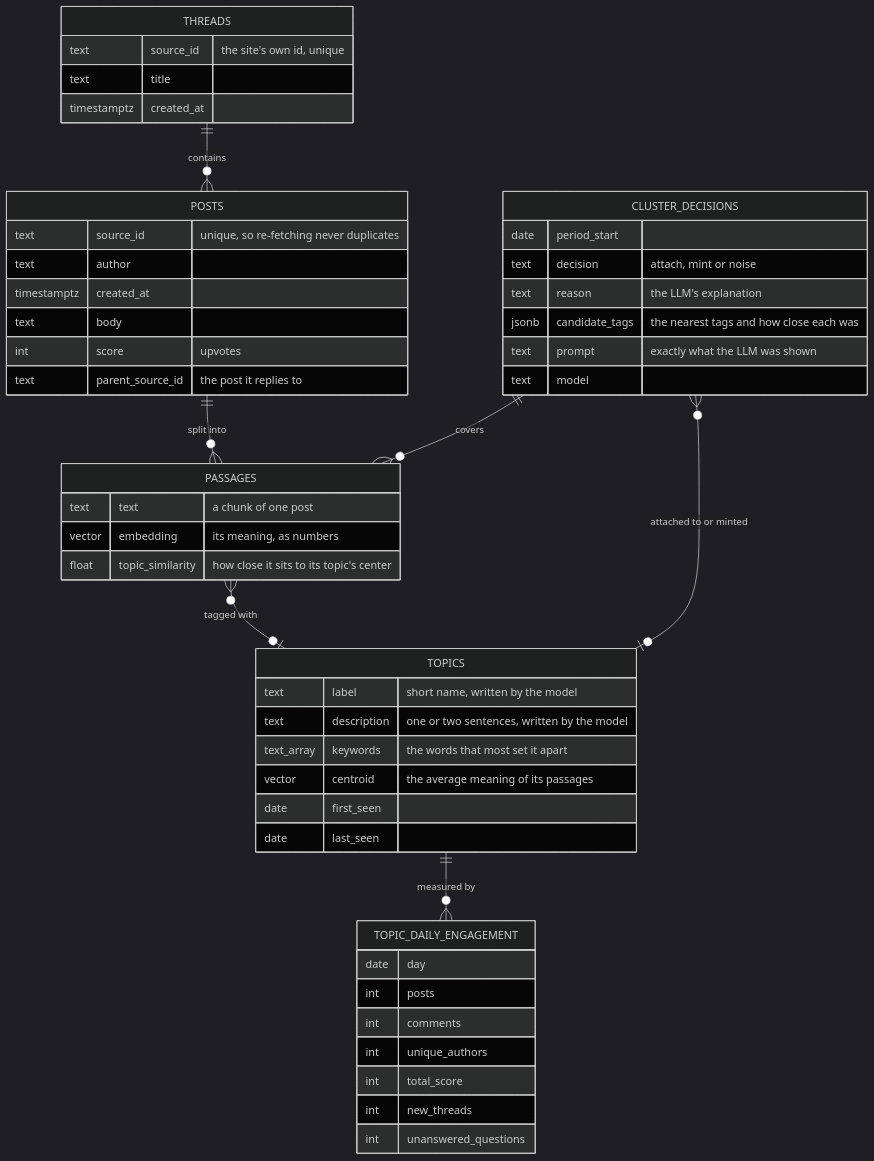
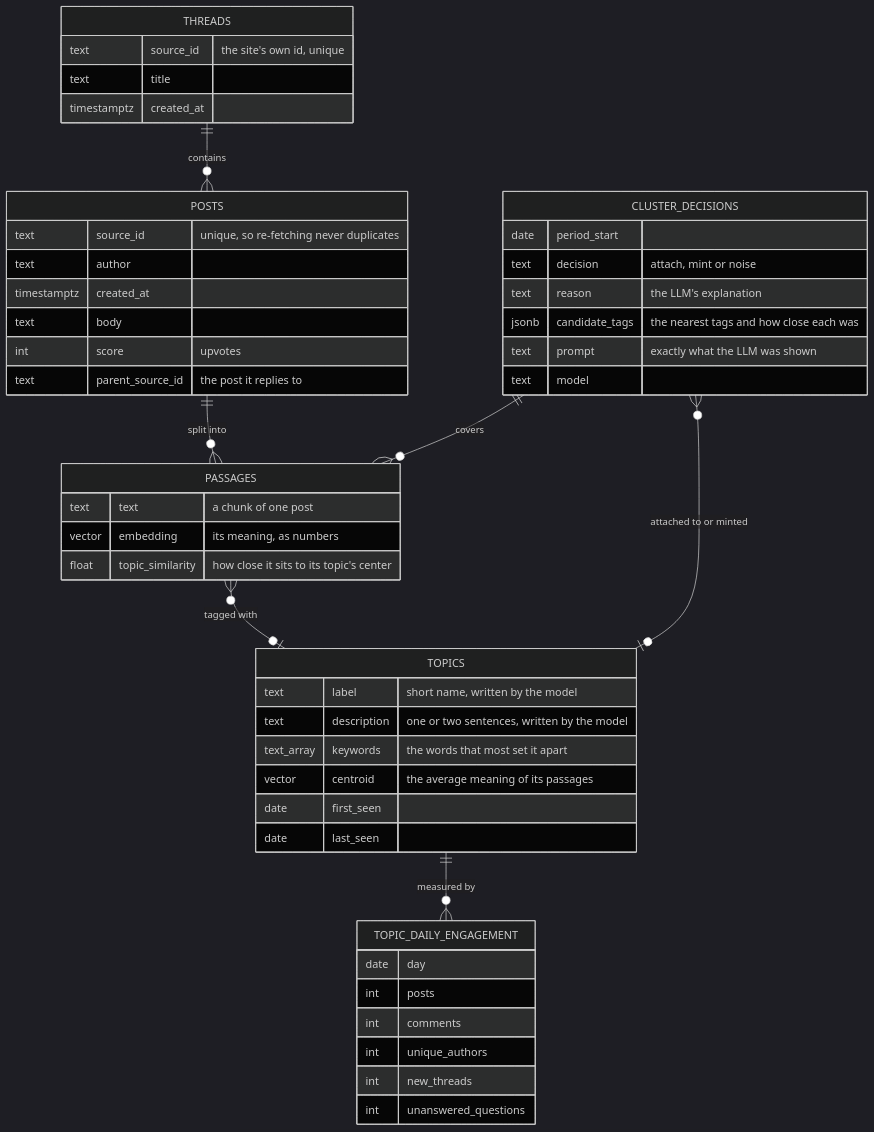
The first of 2 diagrams in docs/atlas/20-data-model/21-topics.md (brianaderer/transcendent), drawn with Mermaid (dark theme) before and after one commit. The commit also changed other lines of this file and 1 other file, not shown here.

Commit message:
Atlas: pulls fetch only new posts and comments; trends drop upvote score

````diff
--- a/docs/atlas/20-data-model/21-topics.md
+++ b/docs/atlas/20-data-model/21-topics.md
@@ -22,53 +22,52 @@
 ```mermaid
 erDiagram
     THREADS ||--o{ POSTS : contains
     POSTS ||--o{ PASSAGES : "split into"
     PASSAGES }o--o| TOPICS : "tagged with"
     TOPICS ||--o{ TOPIC_DAILY_ENGAGEMENT : "measured by"
     CLUSTER_DECISIONS }o--o| TOPICS : "attached to or minted"
     CLUSTER_DECISIONS ||--o{ PASSAGES : "covers"
 
     THREADS {
         text source_id "the site's own id, unique"
         text title
         timestamptz created_at
     }
     POSTS {
         text source_id "unique, so re-fetching never duplicates"
         text author
         timestamptz created_at
         text body
         int score "upvotes"
         text parent_source_id "the post it replies to"
     }
     PASSAGES {
         text text "a chunk of one post"
         vector embedding "its meaning, as numbers"
         float topic_similarity "how close it sits to its topic's center"
     }
     TOPICS {
         text label "short name, written by the model"
         text description "one or two sentences, written by the model"
         text_array keywords "the words that most set it apart"
         vector centroid "the average meaning of its passages"
         date first_seen
         date last_seen
     }
     TOPIC_DAILY_ENGAGEMENT {
         date day
         int posts
         int comments
         int unique_authors
-        int total_score
         int new_threads
         int unanswered_questions
     }
     CLUSTER_DECISIONS {
         date period_start
         text decision "attach, mint or noise"
         text reason "the LLM's explanation"
         jsonb candidate_tags "the nearest tags and how close each was"
         text prompt "exactly what the LLM was shown"
         text model
     }
 ```
````
